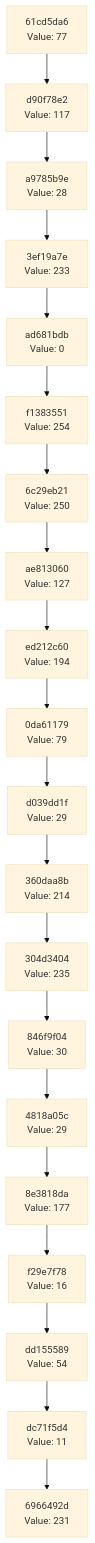
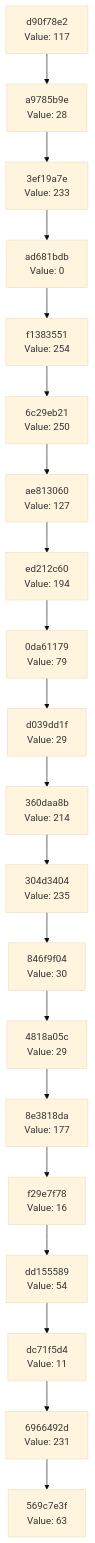
One commit to Abhisheksinha1506/hash-chain-evolver changed the diagram in docs/CHAIN_VISUALIZATION.md. Above: the diagram before and after it, drawn with Mermaid (base theme). The commit also changed 2 other files, not shown here.

Commit message:
Evolution step: hash 0x3F → action executed

````diff
--- a/docs/CHAIN_VISUALIZATION.md
+++ b/docs/CHAIN_VISUALIZATION.md
@@ -3,42 +3,42 @@
 ```mermaid
 graph TD
-    C0["6966492d<br/>Value: 231"]
-    C1["dc71f5d4<br/>Value: 11"]
+    C0["569c7e3f<br/>Value: 63"]
+    C1["6966492d<br/>Value: 231"]
     C1 --> C0
-    C2["dd155589<br/>Value: 54"]
+    C2["dc71f5d4<br/>Value: 11"]
     C2 --> C1
-    C3["f29e7f78<br/>Value: 16"]
+    C3["dd155589<br/>Value: 54"]
     C3 --> C2
-    C4["8e3818da<br/>Value: 177"]
+    C4["f29e7f78<br/>Value: 16"]
     C4 --> C3
-    C5["4818a05c<br/>Value: 29"]
+    C5["8e3818da<br/>Value: 177"]
     C5 --> C4
-    C6["846f9f04<br/>Value: 30"]
+    C6["4818a05c<br/>Value: 29"]
     C6 --> C5
-    C7["304d3404<br/>Value: 235"]
+    C7["846f9f04<br/>Value: 30"]
     C7 --> C6
-    C8["360daa8b<br/>Value: 214"]
+    C8["304d3404<br/>Value: 235"]
     C8 --> C7
-    C9["d039dd1f<br/>Value: 29"]
+    C9["360daa8b<br/>Value: 214"]
     C9 --> C8
-    C10["0da61179<br/>Value: 79"]
+    C10["d039dd1f<br/>Value: 29"]
     C10 --> C9
-    C11["ed212c60<br/>Value: 194"]
+    C11["0da61179<br/>Value: 79"]
     C11 --> C10
-    C12["ae813060<br/>Value: 127"]
+    C12["ed212c60<br/>Value: 194"]
     C12 --> C11
-    C13["6c29eb21<br/>Value: 250"]
+    C13["ae813060<br/>Value: 127"]
     C13 --> C12
-    C14["f1383551<br/>Value: 254"]
+    C14["6c29eb21<br/>Value: 250"]
     C14 --> C13
-    C15["ad681bdb<br/>Value: 0"]
+    C15["f1383551<br/>Value: 254"]
     C15 --> C14
-    C16["3ef19a7e<br/>Value: 233"]
+    C16["ad681bdb<br/>Value: 0"]
     C16 --> C15
-    C17["a9785b9e<br/>Value: 28"]
+    C17["3ef19a7e<br/>Value: 233"]
     C17 --> C16
-    C18["d90f78e2<br/>Value: 117"]
+    C18["a9785b9e<br/>Value: 28"]
     C18 --> C17
-    C19["61cd5da6<br/>Value: 77"]
+    C19["d90f78e2<br/>Value: 117"]
     C19 --> C18
 ```
````
